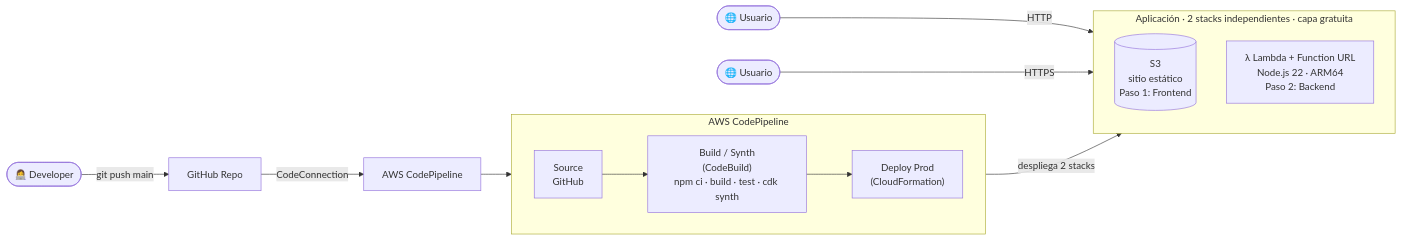
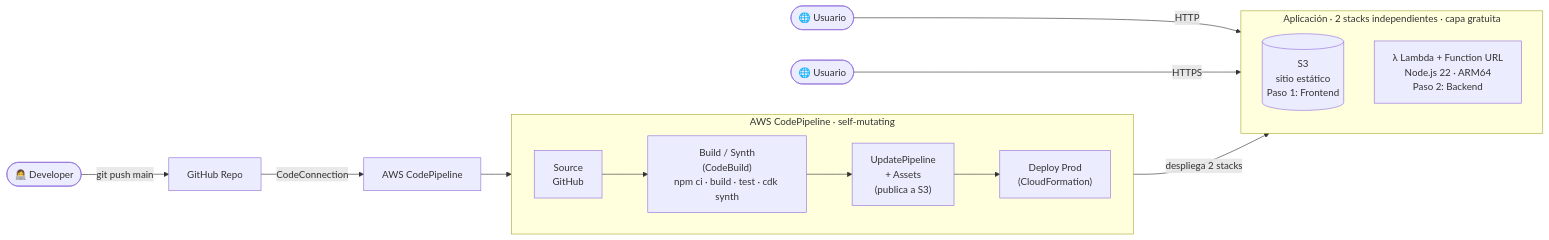
The diagram in README.md (jothanpe/awsugpiura-cicd), drawn with Mermaid before and after one commit. The commit also changed other lines of this file and 1 other file, not shown here.

````diff
--- a/README.md
+++ b/README.md
@@ -16,23 +16,24 @@
 ```mermaid
 flowchart LR
     Dev([👩‍💻 Developer]) -->|git push main| GH[GitHub Repo]
     GH -->|CodeConnection| CP[AWS CodePipeline]
 
-    subgraph Pipeline [AWS CodePipeline]
+    subgraph Pipeline [AWS CodePipeline · self-mutating]
         direction LR
         S[Source\nGitHub] --> B["Build / Synth\n(CodeBuild)\nnpm ci · build · test · cdk synth"]
-        B --> D["Deploy Prod\n(CloudFormation)"]
+        B --> M["UpdatePipeline\n+ Assets\n(publica a S3)"]
+        M --> D["Deploy Prod\n(CloudFormation)"]
     end
 
     CP --> Pipeline
     D -->|despliega 2 stacks| APP
 
     subgraph APP [Aplicación · 2 stacks independientes · capa gratuita]
         direction TB
         S3[(S3\nsitio estático\nPaso 1: Frontend)]
         L[λ Lambda + Function URL\nNode.js 22 · ARM64\nPaso 2: Backend]
     end
 
     User([🌐 Usuario]) -->|HTTP| S3
     User2([🌐 Usuario]) -->|HTTPS| L
 ```
````
